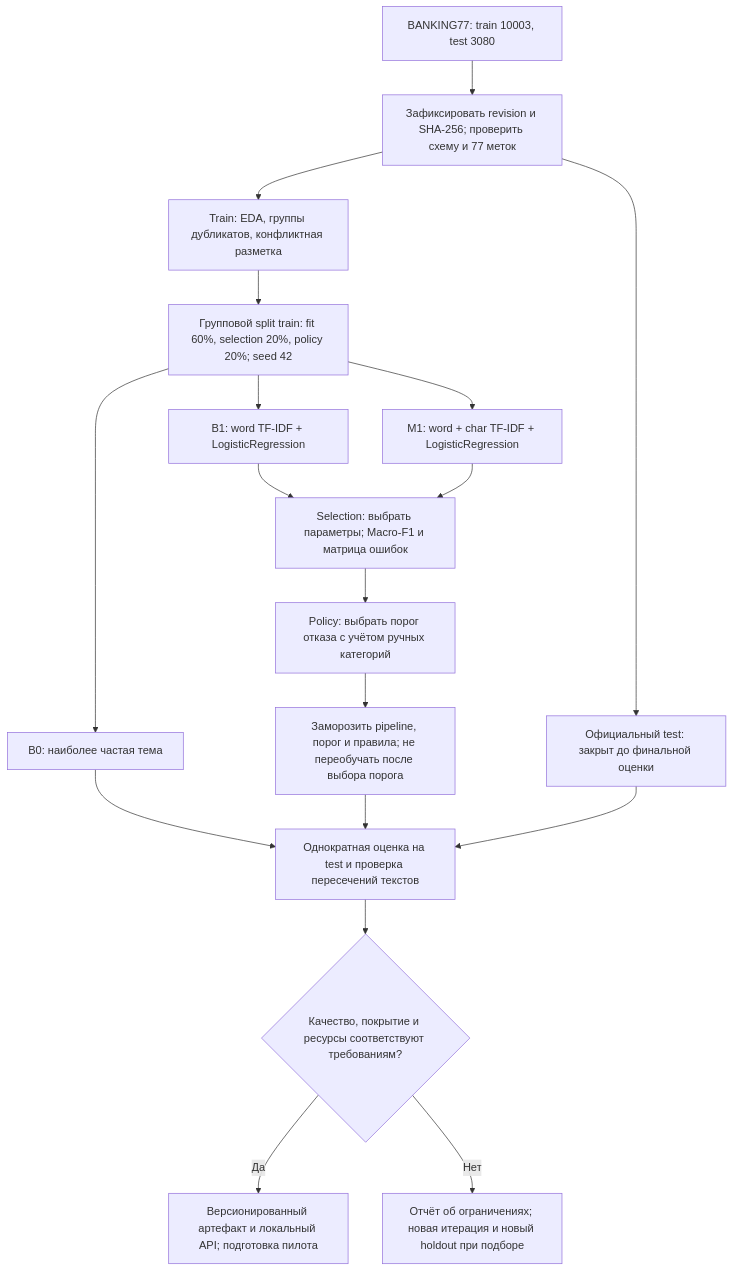
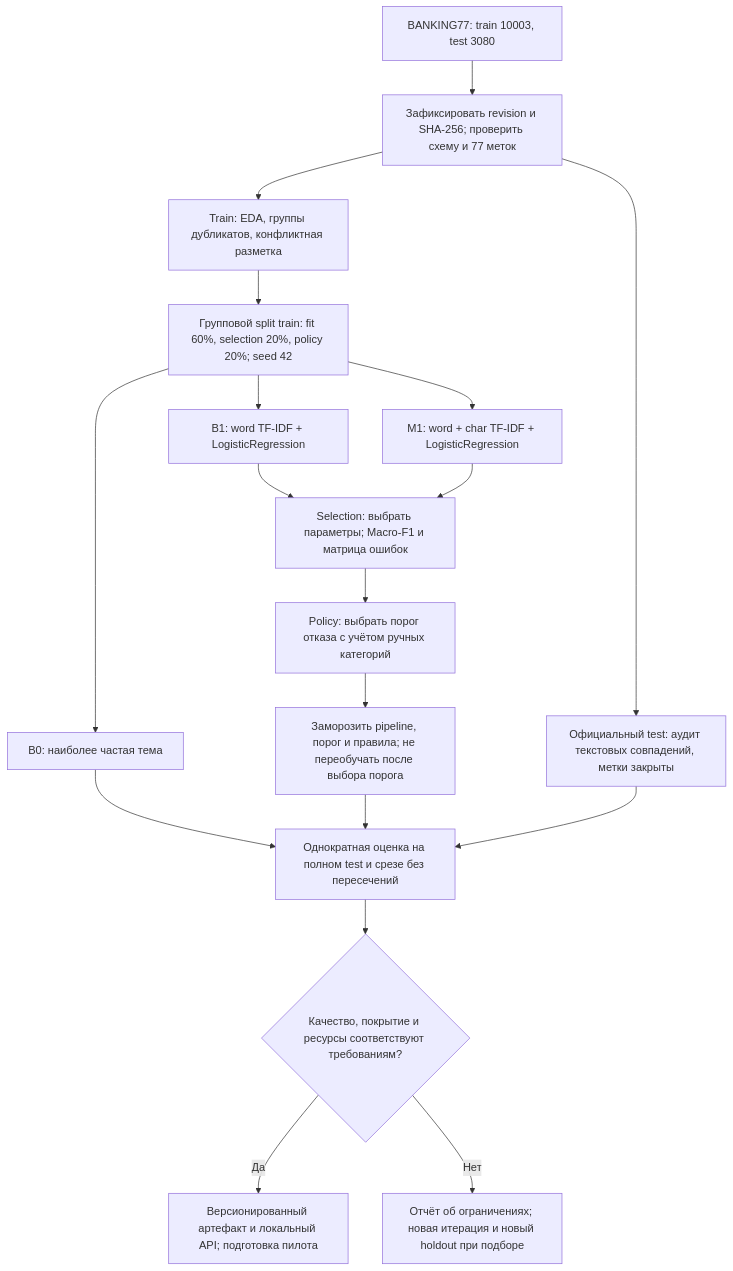
Before and after one commit to karaselerm/support-intent-router: the first of 2 diagrams in docs/ml_system_design_doc.md, drawn with Mermaid. The commit also changed other lines of this file and 9 other files, not shown here.

````diff
--- a/docs/ml_system_design_doc.md
+++ b/docs/ml_system_design_doc.md
@@ -215,20 +215,20 @@
 ```mermaid
 flowchart TD
     A["BANKING77: train 10003, test 3080"] --> B["Зафиксировать revision и SHA-256; проверить схему и 77 меток"]
     B --> C["Train: EDA, группы дубликатов, конфликтная разметка"]
-    B --> T["Официальный test: закрыт до финальной оценки"]
+    B --> T["Официальный test: аудит текстовых совпадений, метки закрыты"]
     C --> D["Групповой split train: fit 60%, selection 20%, policy 20%; seed 42"]
     D --> E["B0: наиболее частая тема"]
     D --> F["B1: word TF-IDF + LogisticRegression"]
     D --> G["M1: word + char TF-IDF + LogisticRegression"]
     F --> H["Selection: выбрать параметры; Macro-F1 и матрица ошибок"]
     G --> H
     H --> I["Policy: выбрать порог отказа с учётом ручных категорий"]
     I --> J["Заморозить pipeline, порог и правила; не переобучать после выбора порога"]
-    E --> K["Однократная оценка на test и проверка пересечений текстов"]
+    E --> K["Однократная оценка на полном test и срезе без пересечений"]
     J --> K
     T --> K
     K --> L{"Качество, покрытие и ресурсы соответствуют требованиям?"}
     L -->|Да| M["Версионированный артефакт и локальный API; подготовка пилота"]
     L -->|Нет| N["Отчёт об ограничениях; новая итерация и новый holdout при подборе"]
 ```
````
